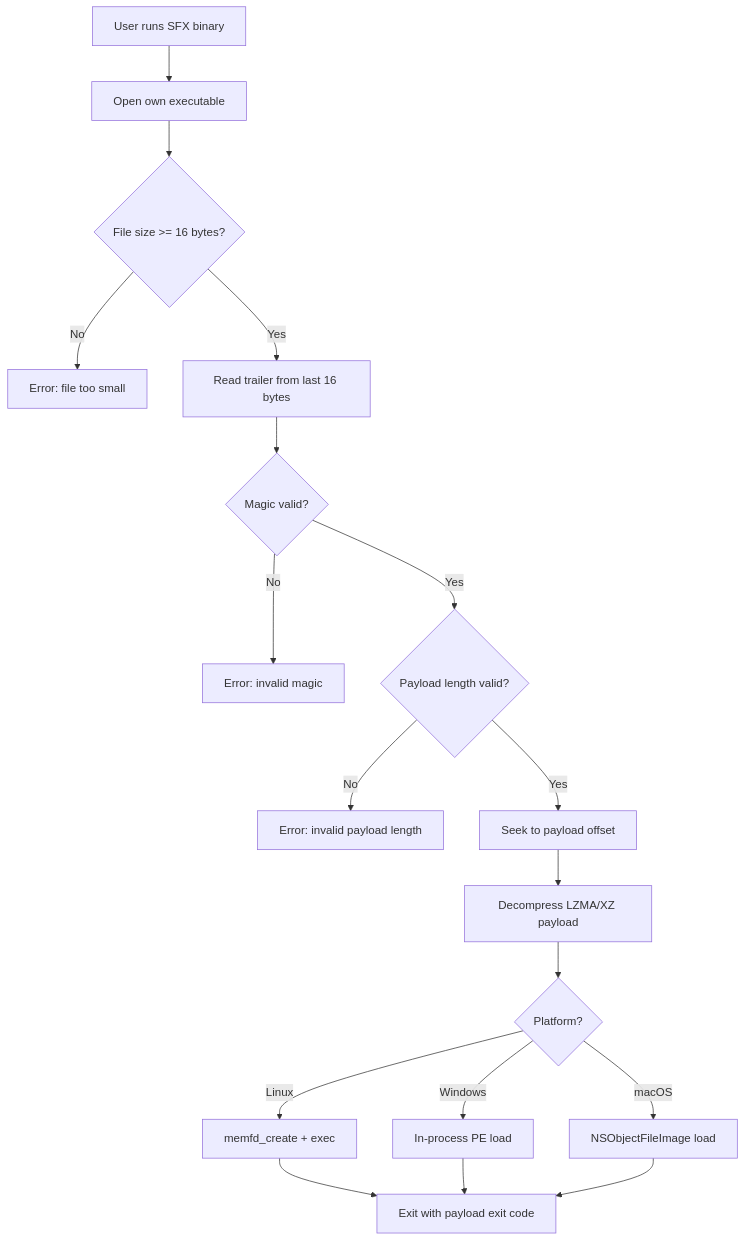
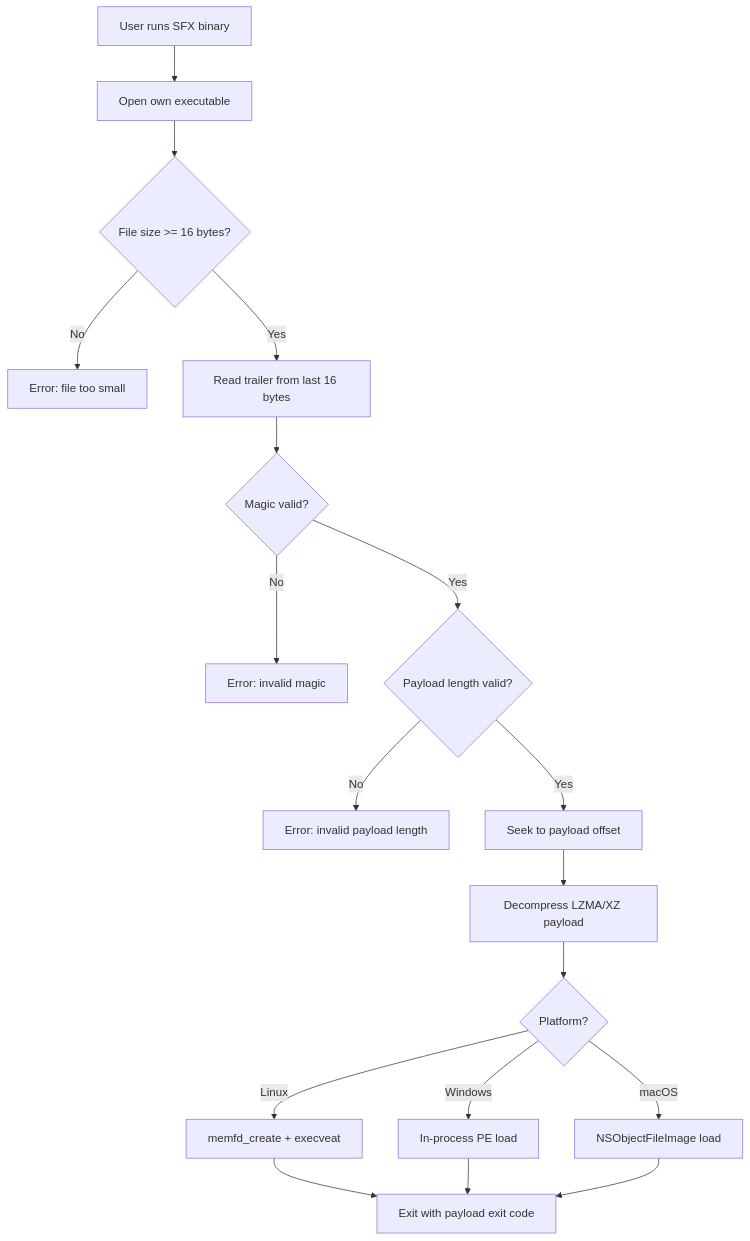
Before and after one commit to ratushnyi-labs/xsfx: the second of 3 diagrams in docs/spec.md, drawn with Mermaid. The commit also changed other lines of this file and 4 other files, not shown here.

````diff
--- a/docs/spec.md
+++ b/docs/spec.md
@@ -103,20 +103,20 @@
 ```mermaid
 flowchart TD
   A[User runs SFX binary] --> B[Open own executable]
   B --> C{File size >= 16 bytes?}
   C -- No --> D[Error: file too small]
   C -- Yes --> E[Read trailer from last 16 bytes]
   E --> F{Magic valid?}
   F -- No --> G[Error: invalid magic]
   F -- Yes --> H{Payload length valid?}
   H -- No --> I[Error: invalid payload length]
   H -- Yes --> J[Seek to payload offset]
   J --> K[Decompress LZMA/XZ payload]
   K --> L{Platform?}
-  L -- Linux --> M[memfd_create + exec]
+  L -- Linux --> M[memfd_create + execveat]
   L -- Windows --> N[In-process PE load]
   L -- macOS --> O[NSObjectFileImage load]
   M --> P[Exit with payload exit code]
   N --> P
   O --> P
 ```
````
